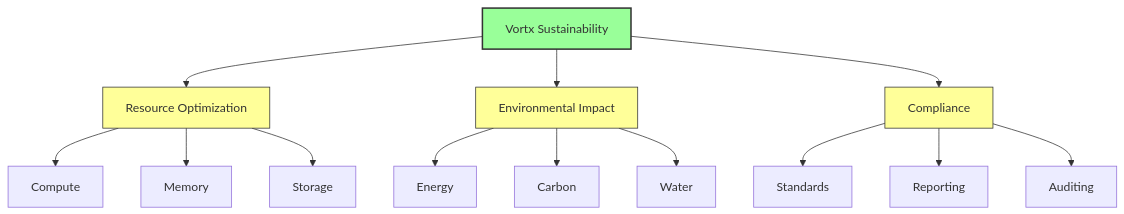
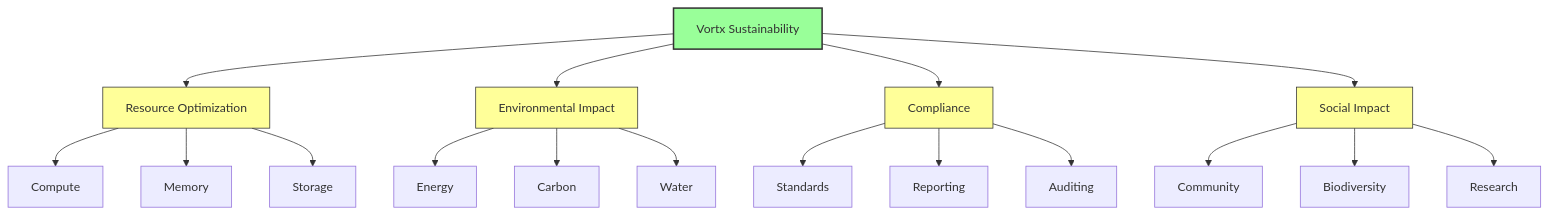
Before and after one commit to Vortx-AI/synthetic-satellite: the second of 2 diagrams in docs/sustainability/README.md, drawn with Mermaid. The commit also changed other lines of this file, not shown here.

````diff
--- a/docs/sustainability/README.md
+++ b/docs/sustainability/README.md
@@ -45,24 +101,29 @@
 ```mermaid
 graph TD
     A[Vortx Sustainability] --> B[Resource Optimization]
     A --> C[Environmental Impact]
     A --> D[Compliance]
+    A --> E[Social Impact]
     
     B --> B1[Compute]
     B --> B2[Memory]
     B --> B3[Storage]
     
     C --> C1[Energy]
     C --> C2[Carbon]
     C --> C3[Water]
     
     D --> D1[Standards]
     D --> D2[Reporting]
     D --> D3[Auditing]
     
+    E --> E1[Community]
+    E --> E2[Biodiversity]
+    E --> E3[Research]
+    
     classDef primary fill:#9f9,stroke:#333,stroke-width:2px
     classDef secondary fill:#ff9,stroke:#333,stroke-width:1px
     
     class A primary
-    class B,C,D secondary
+    class B,C,D,E secondary
 ```
````
